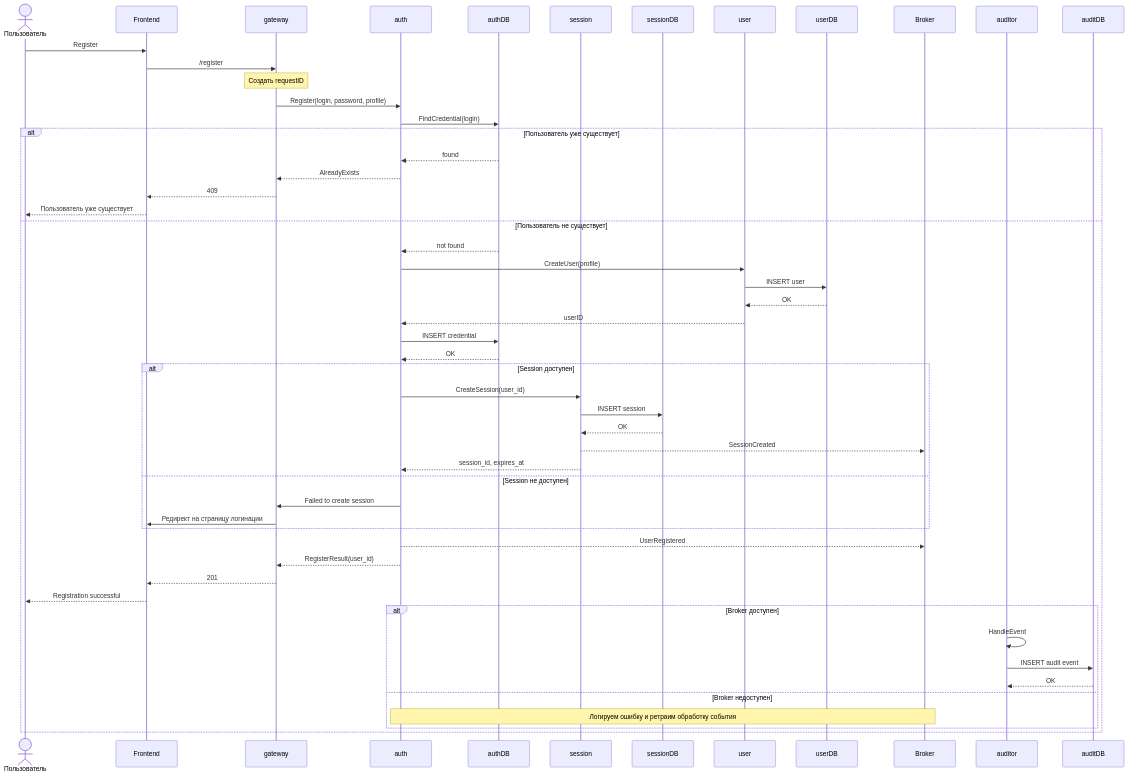
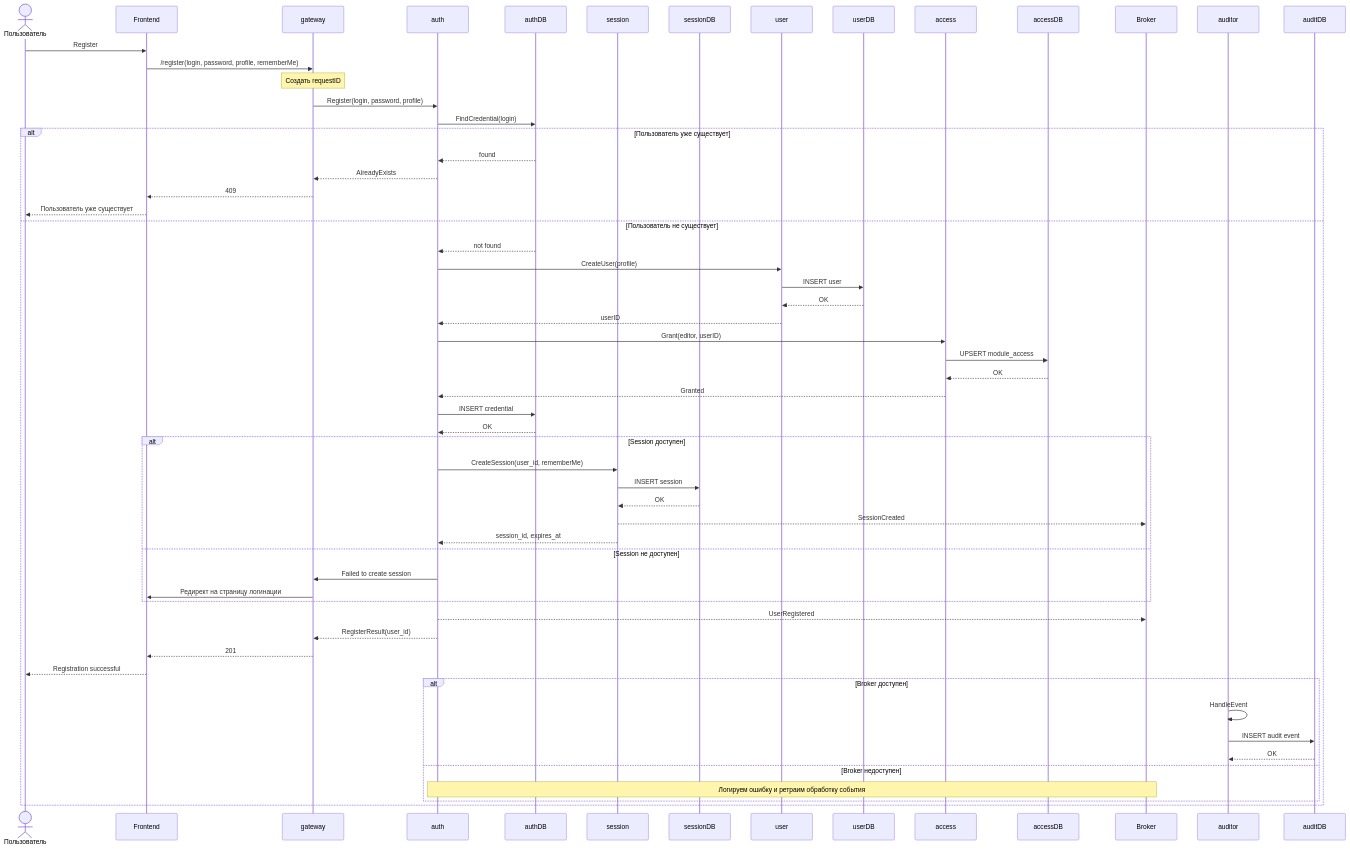
One commit to Exevald/aura-platform changed the first of 4 diagrams in docs/scenarios.md. Above: the diagram before and after it, drawn with Mermaid. The commit also changed other lines of this file and 436 other files, not shown here.

````diff
--- a/docs/scenarios.md
+++ b/docs/scenarios.md
@@ -5,58 +5,64 @@
 ```mermaid
 sequenceDiagram
     actor Client as Пользователь
     participant Frontend
     participant Gateway as gateway
     participant Auth as auth
     participant AuthDB as authDB
     participant Session as session
     participant SessionDB as sessionDB
     participant User as user
     participant UserDB as userDB
+    participant Access as access
+    participant AccessDB as accessDB
     participant Broker
     participant Auditor as auditor
     participant AuditDB as auditDB
     Client ->> Frontend: Register
-    Frontend ->> Gateway: /register
+    Frontend ->> Gateway: /register(login, password, profile, rememberMe)
     Note over Gateway: Создать requestID
     Gateway ->> Auth: Register(login, password, profile)
     Auth ->> AuthDB: FindCredential(login)
 
     alt Пользователь уже существует
         AuthDB -->> Auth: found
         Auth -->> Gateway: AlreadyExists
         Gateway -->> Frontend: 409
         Frontend -->> Client: Пользователь уже существует
     else Пользователь не существует
         AuthDB -->> Auth: not found
         Auth ->> User: CreateUser(profile)
         User ->> UserDB: INSERT user
         UserDB -->> User: OK
         User -->> Auth: userID
+        Auth ->> Access: Grant(editor, userID)
+        Access ->> AccessDB: UPSERT module_access
+        AccessDB -->> Access: OK
+        Access -->> Auth: Granted
         Auth ->> AuthDB: INSERT credential
         AuthDB -->> Auth: OK
         alt Session доступен
-            Auth ->> Session: CreateSession(user_id)
+            Auth ->> Session: CreateSession(user_id, rememberMe)
             Session ->> SessionDB: INSERT session
             SessionDB -->> Session: OK
             Session -->> Broker: SessionCreated
             Session -->> Auth: session_id, expires_at
         else Session не доступен
             Auth ->> Gateway: Failed to create session
             Gateway ->> Frontend: Редирект на страницу логинации
         end
         Auth -->> Broker: UserRegistered
         Auth -->> Gateway: RegisterResult(user_id)
         Gateway -->> Frontend: 201
         Frontend -->> Client: Registration successful
 
         alt Broker доступен
             Auditor ->> Auditor: HandleEvent
             Auditor ->> AuditDB: INSERT audit event
             AuditDB -->> Auditor: OK
         else Broker недоступен
             Note over Auth, Broker: Логируем ошибку и ретраим обработку события
         end
 
     end
 ```
````
